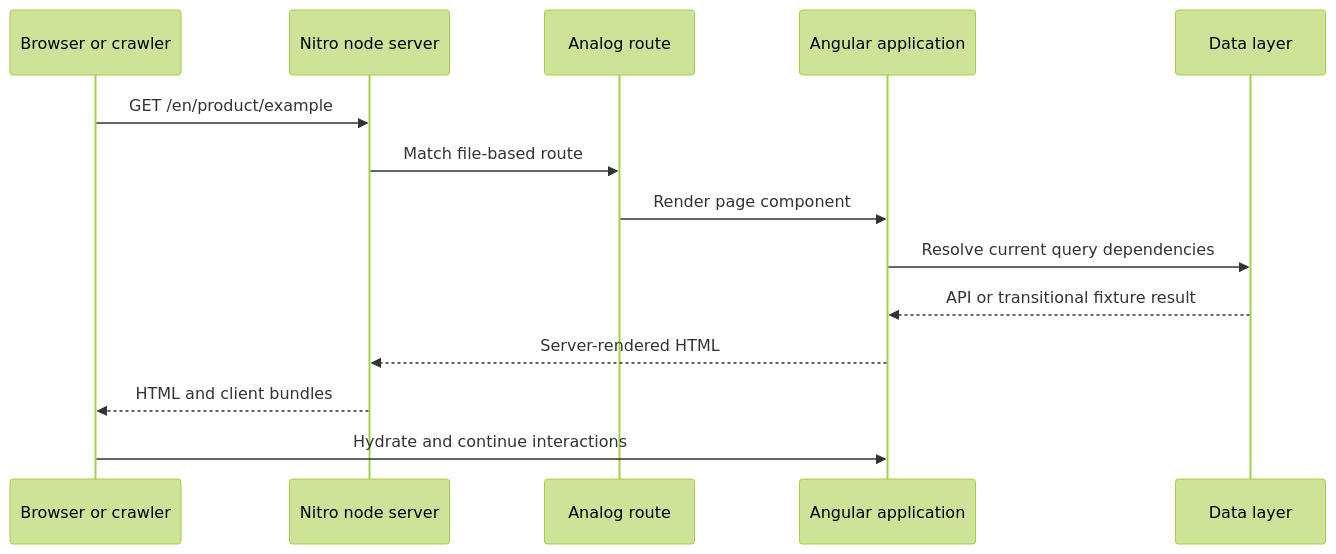
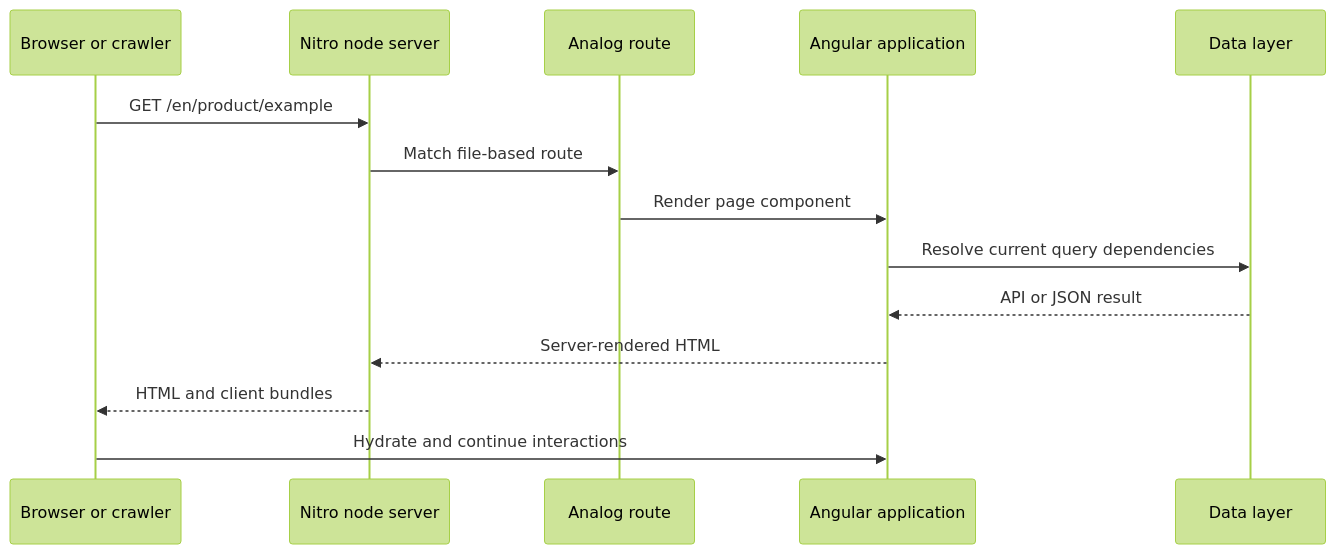
The diagram in docs/storefront/routing-and-rendering.md (Kaizer-Systems/saha-textile), drawn with Mermaid (forest theme) before and after one commit. The commit also changed other lines of this file and 92 other files, not shown here.

````diff
--- a/docs/storefront/routing-and-rendering.md
+++ b/docs/storefront/routing-and-rendering.md
@@ -85,17 +87,17 @@
 ```mermaid
 sequenceDiagram
     participant U as Browser or crawler
     participant N as Nitro node server
     participant R as Analog route
     participant A as Angular application
     participant D as Data layer
 
     U->>N: GET /en/product/example
     N->>R: Match file-based route
     R->>A: Render page component
     A->>D: Resolve current query dependencies
-    D-->>A: API or transitional fixture result
+    D-->>A: API or JSON result
     A-->>N: Server-rendered HTML
     N-->>U: HTML and client bundles
     U->>A: Hydrate and continue interactions
 ```
````
